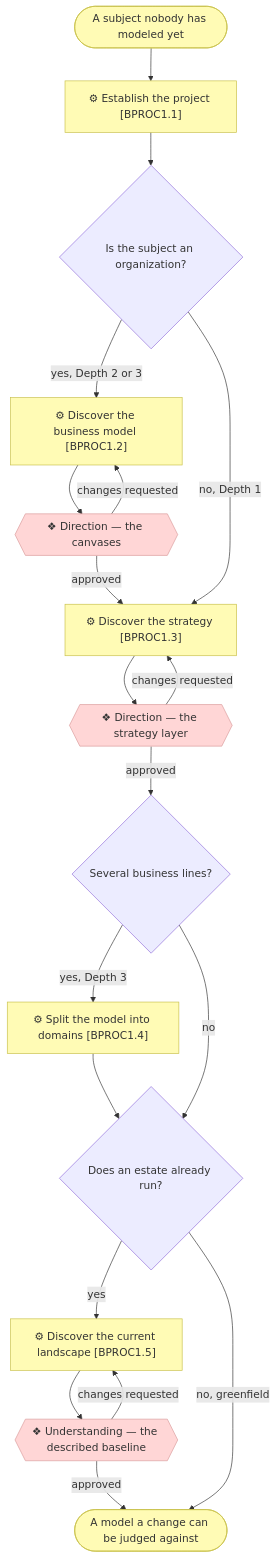
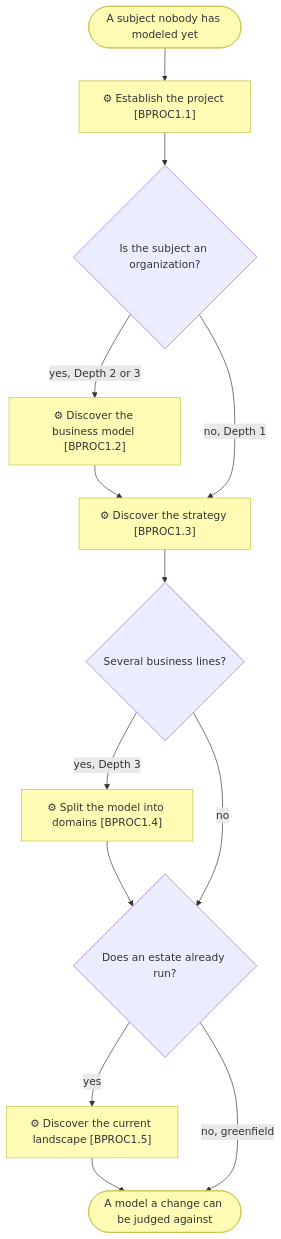
One commit to roanboc/archreator changed the first of 5 diagrams in docs/process/1_level-1-macro-processes.md. Above: the diagram before and after it, drawn with Mermaid. The commit also changed other lines of this file and 49 other files, not shown here.

````diff
--- a/docs/process/1_level-1-macro-processes.md
+++ b/docs/process/1_level-1-macro-processes.md
@@ -20,36 +20,25 @@
 ```mermaid
 flowchart TD
   req(["A subject nobody has modeled yet"])
   p11["⚙ Establish the project [BPROC1.1]"]
   org{"Is the subject an organization?"}
   p12["⚙ Discover the business model [BPROC1.2]"]
-  g0{{"❖ Direction — the canvases"}}
   p13["⚙ Discover the strategy [BPROC1.3]"]
-  g1{{"❖ Direction — the strategy layer"}}
   deep{"Several business lines?"}
   p14["⚙ Split the model into domains [BPROC1.4]"]
   est{"Does an estate already run?"}
   p15["⚙ Discover the current landscape [BPROC1.5]"]
-  g2{{"❖ Understanding — the described baseline"}}
   done(["A model a change can be judged against"])
 
   req --> p11 --> org
-  org -->|yes, Depth 2 or 3| p12 --> g0
-  g0 -->|changes requested| p12
-  g0 -->|approved| p13
+  org -->|yes, Depth 2 or 3| p12 --> p13
   org -->|no, Depth 1| p13
-  p13 --> g1
-  g1 -->|changes requested| p13
-  g1 -->|approved| deep
+  p13 --> deep
   deep -->|yes, Depth 3| p14 --> est
   deep -->|no| est
-  est -->|yes| p15 --> g2
-  g2 -->|changes requested| p15
-  g2 -->|approved| done
+  est -->|yes| p15 --> done
   est -->|no, greenfield| done
 
   classDef business fill:#fffbb5,stroke:#c8c04a,color:#333
-  classDef implementation fill:#ffd6d6,stroke:#d99b9b,color:#333
   class p11,p12,p13,p14,p15,req,done business
-  class g0,g1,g2 implementation
 ```
````
